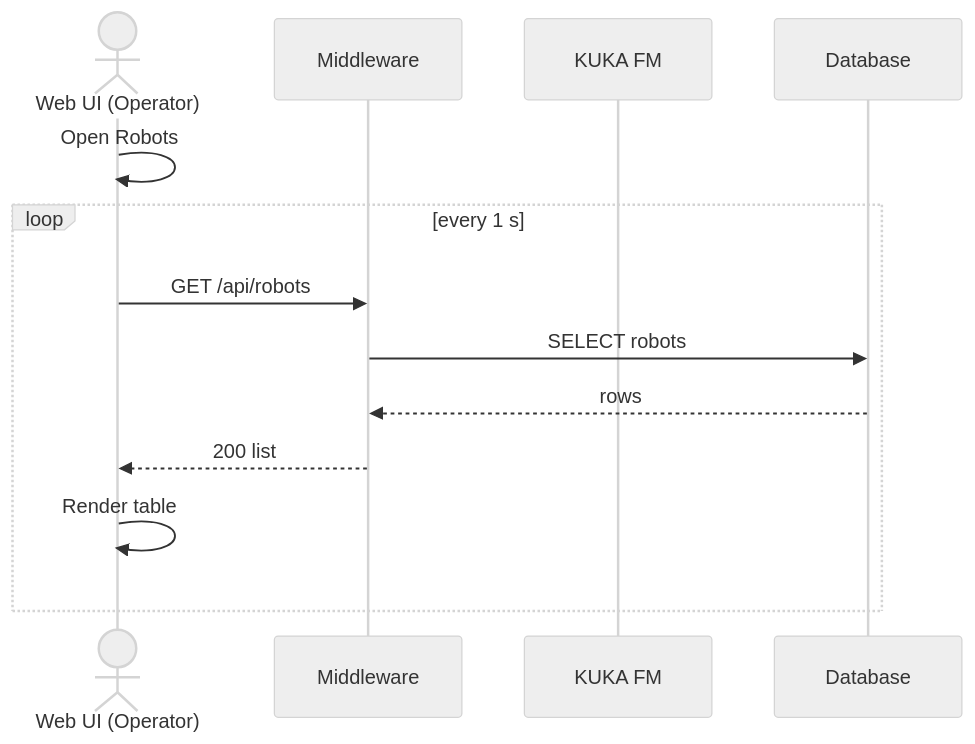
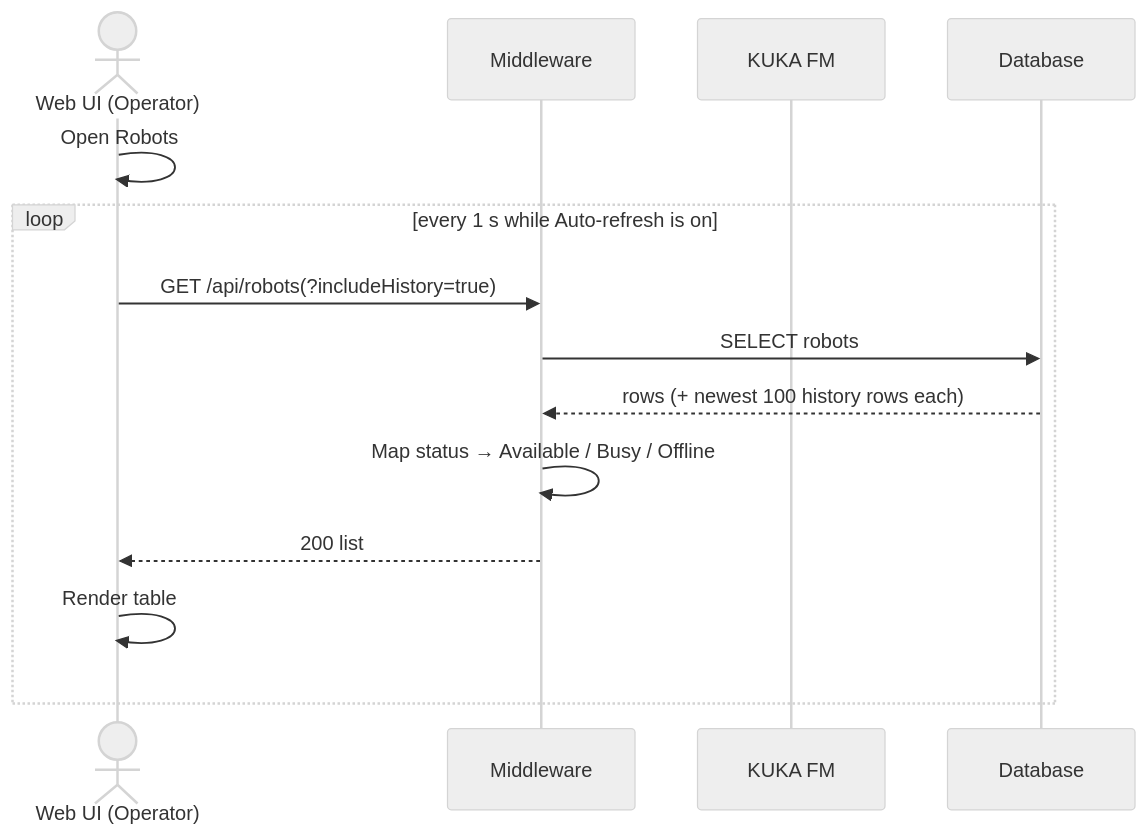
Before and after one commit to FEI-thridos/ITS: the sixth of 8 diagrams in documentation/specification.md, drawn with Mermaid (neutral theme). The commit also changed other lines of this file and 68 other files, not shown here.

````diff
--- a/documentation/specification.md
+++ b/documentation/specification.md
@@ -176,16 +203,17 @@
 ```mermaid
 sequenceDiagram
     actor UI as Web UI (Operator)
     participant MW as Middleware
     participant KUKA as KUKA FM
     participant DB as Database
 
     UI->>UI: Open Robots
-    loop every 1 s
-        UI->>MW: GET /api/robots
+    loop every 1 s while Auto-refresh is on
+        UI->>MW: GET /api/robots(?includeHistory=true)
         MW->>DB: SELECT robots
-        DB-->>MW: rows
+        DB-->>MW: rows (+ newest 100 history rows each)
+        MW->>MW: Map status → Available / Busy / Offline
         MW-->>UI: 200 list
         UI->>UI: Render table
     end
 ```
````
